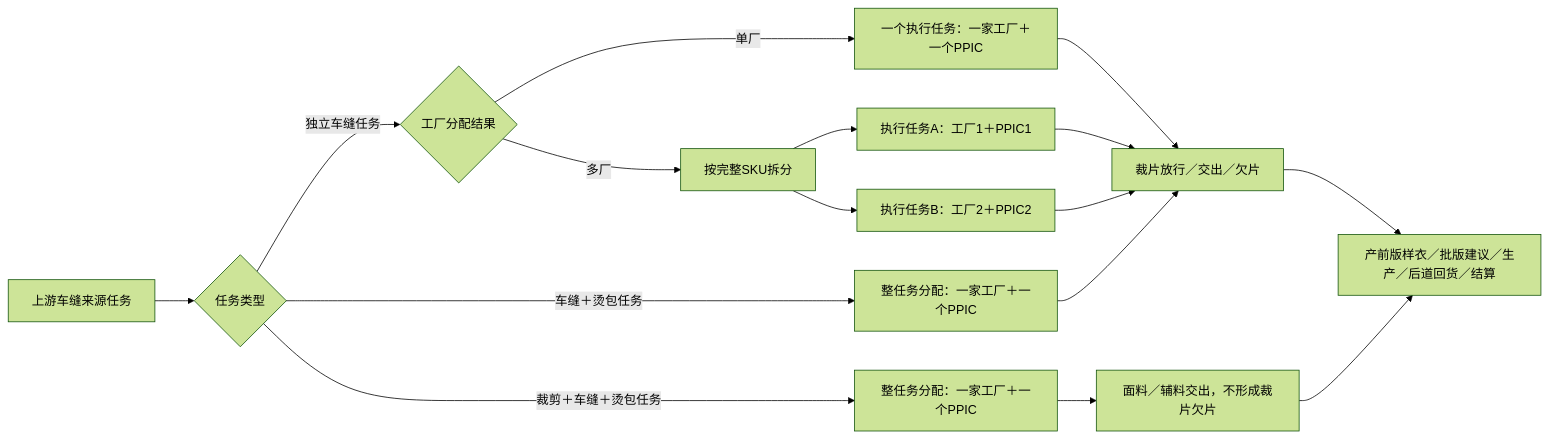
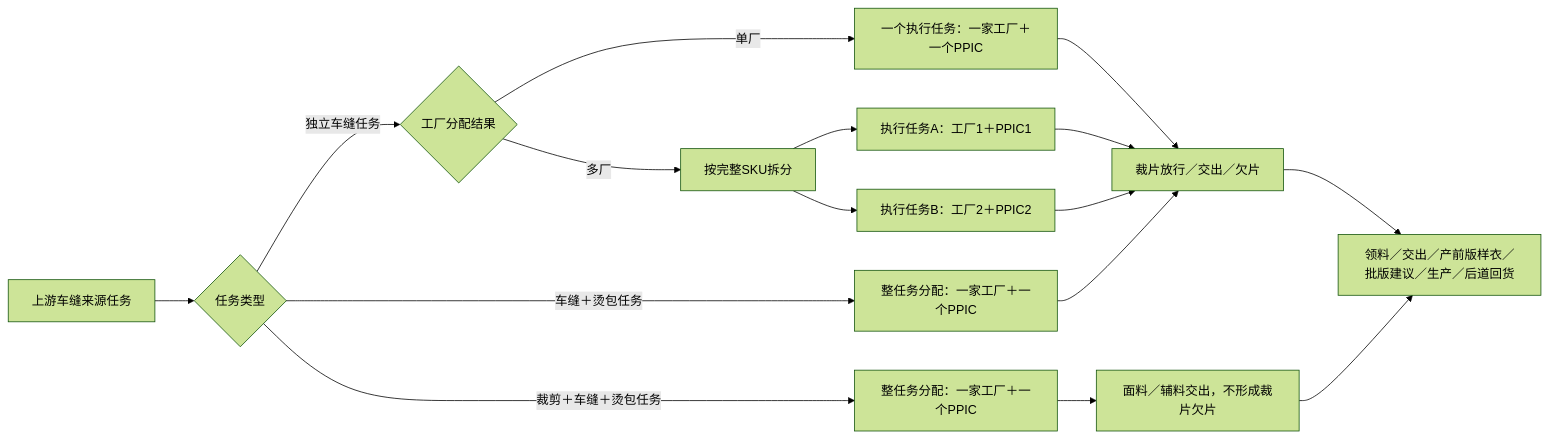
One commit to laoertongxue/higoods changed the first of 2 diagrams in docs/product-design/车缝外发协同（PPIC）全流程业务理解文档.md. Above: the diagram before and after it, drawn with Mermaid (forest theme). The commit also changed other lines of this file and 402 other files, not shown here.

````diff
--- a/docs/product-design/车缝外发协同（PPIC）全流程业务理解文档.md
+++ b/docs/product-design/车缝外发协同（PPIC）全流程业务理解文档.md
@@ -145,18 +178,18 @@
 ```mermaid
 flowchart LR
     A[上游车缝来源任务] --> B{任务类型}
     B -->|独立车缝任务| C{工厂分配结果}
     C -->|单厂| D1[一个执行任务：一家工厂＋一个PPIC]
     C -->|多厂| C1[按完整SKU拆分]
     C1 --> D2[执行任务A：工厂1＋PPIC1]
     C1 --> D3[执行任务B：工厂2＋PPIC2]
     B -->|车缝＋烫包任务| D4[整任务分配：一家工厂＋一个PPIC]
     B -->|裁剪＋车缝＋烫包任务| D5[整任务分配：一家工厂＋一个PPIC]
     D1 --> E[裁片放行／交出／欠片]
     D2 --> E
     D3 --> E
     D4 --> E
     D5 --> F[面料／辅料交出，不形成裁片欠片]
-    E --> G[产前版样衣／批版建议／生产／后道回货／结算]
+    E --> G[领料／交出／产前版样衣／批版建议／生产／后道回货]
     F --> G
 ```
````
